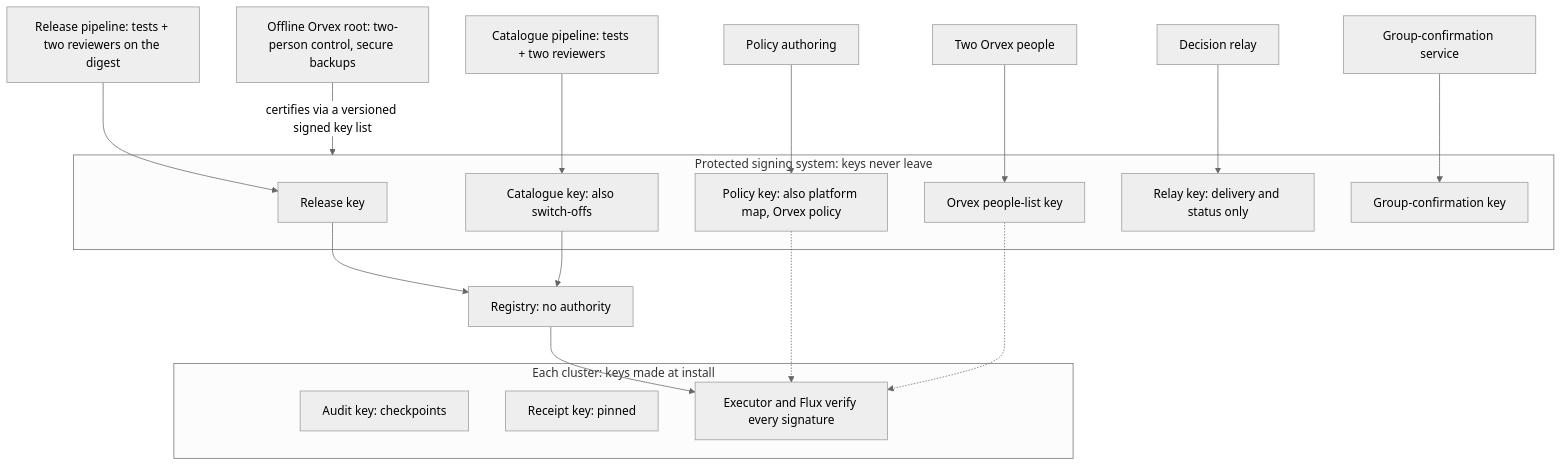
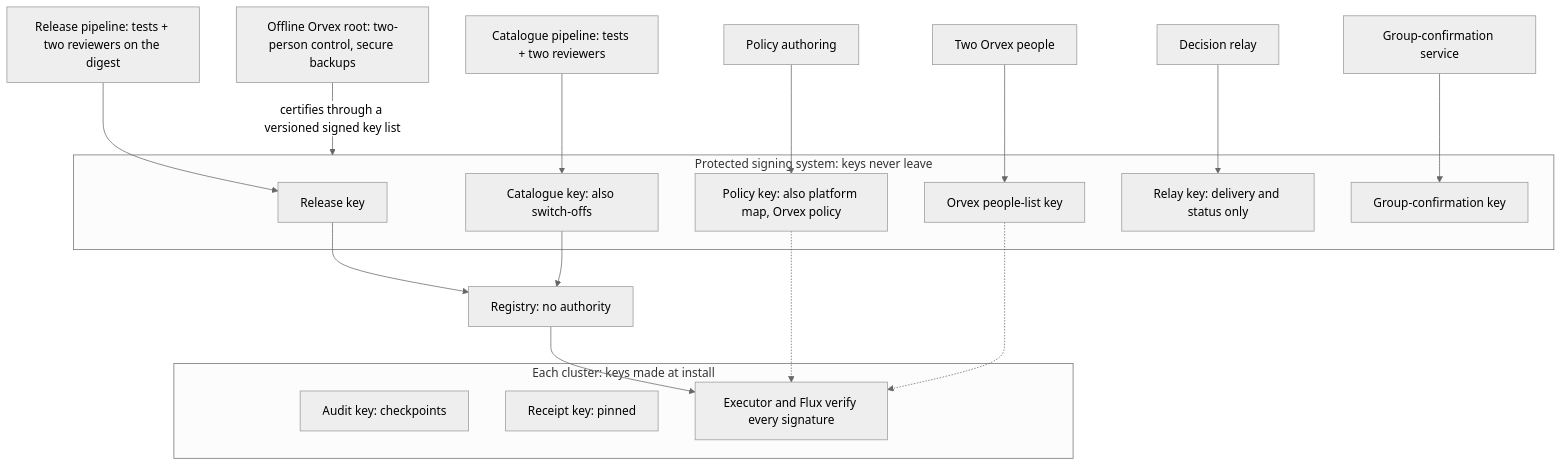
One commit to aminegarma/nightshift changed the sixth of 7 diagrams in _bmad-output/planning-artifacts/architecture/architecture-nightshift-2026-11-03/architecture-orvex.md. Above: the diagram before and after it, drawn with Mermaid (neutral theme). The commit also changed other lines of this file and 13 other files, not shown here.

First line of the commit message:
Architecture: bmad-review follow-up of the Orvex document

````diff
--- a/_bmad-output/planning-artifacts/architecture/architecture-nightshift-2026-11-03/architecture-orvex.md
+++ b/_bmad-output/planning-artifacts/architecture/architecture-nightshift-2026-11-03/architecture-orvex.md
@@ -385,28 +449,28 @@
 ```mermaid
 flowchart TB
   ROOT["Offline Orvex root: two-person control, secure backups"]
   subgraph SIGN["Protected signing system: keys never leave"]
     KR["Release key"]
     KC["Catalogue key: also switch-offs"]
     KP["Policy key: also platform map, Orvex policy"]
     KO["Orvex people-list key"]
     KL["Relay key: delivery and status only"]
     KG["Group-confirmation key"]
   end
-  ROOT -->|"certifies via a versioned signed key list"| SIGN
+  ROOT -->|"certifies through a versioned signed key list"| SIGN
   PIPE["Release pipeline: tests + two reviewers on the digest"] --> KR
   CATP["Catalogue pipeline: tests + two reviewers"] --> KC
   POL["Policy authoring"] --> KP
   ROST["Two Orvex people"] --> KO
   RELAY["Decision relay"] --> KL
   GCS["Group-confirmation service"] --> KG
   KR & KC --> REG["Registry: no authority"]
   subgraph CL["Each cluster: keys made at install"]
     AK["Audit key: checkpoints"]
     RK["Receipt key: pinned"]
     VER["Executor and Flux verify every signature"]
   end
   REG --> VER
   KP -.-> VER
   KO -.-> VER
 ```
````
